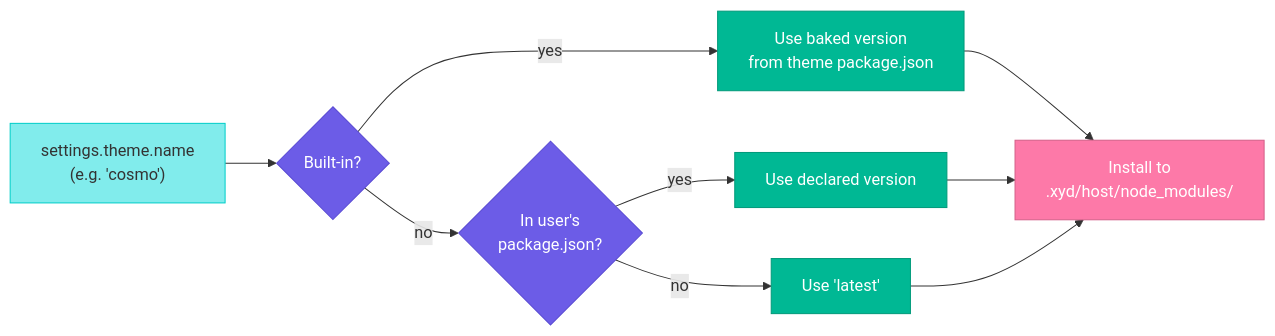
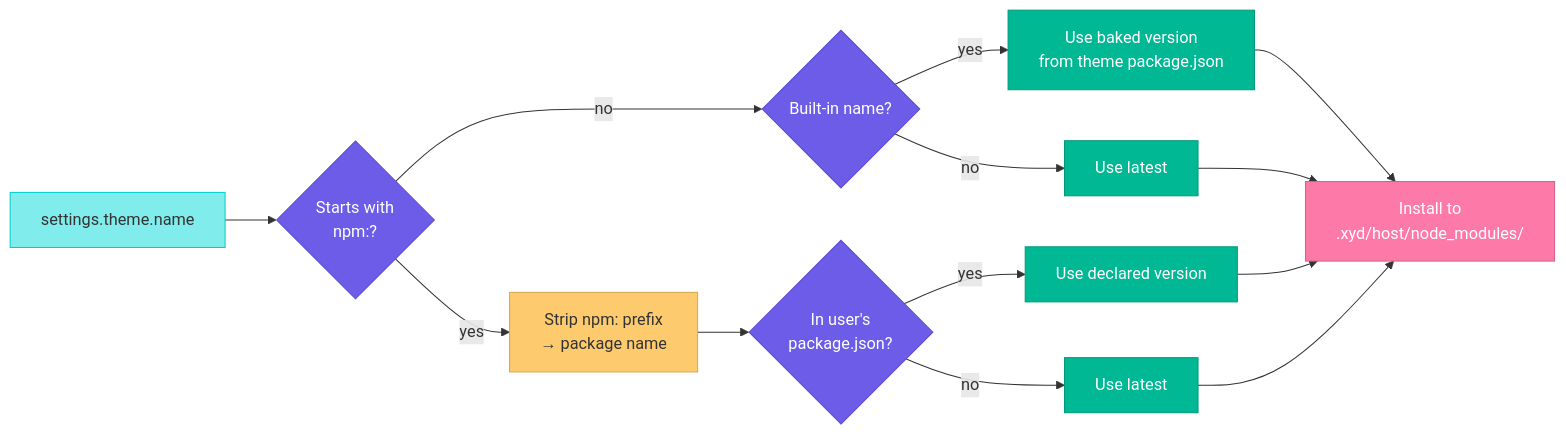
Before and after one commit to livesession/xyd: the second of 4 diagrams in .dev/docs/10.themes/1.THEMES.md, drawn with Mermaid. The commit also changed other lines of this file and 1 other file, not shown here.

Commit message:
docs: add npm: theme prefix docs and E2E Docker testing section

````diff
--- a/.dev/docs/10.themes/1.THEMES.md
+++ b/.dev/docs/10.themes/1.THEMES.md
@@ -33,19 +33,26 @@
 ```mermaid
 graph LR
-    A["settings.theme.name\n(e.g. 'cosmo')"] --> B{"Built-in?"}
-    B -->|yes| C["Use baked version\nfrom theme package.json"]
-    B -->|no| D{"In user's\npackage.json?"}
-    D -->|yes| E["Use declared version"]
-    D -->|no| F["Use 'latest'"]
-    C --> G["Install to\n.xyd/host/node_modules/"]
-    E --> G
-    F --> G
+    A["settings.theme.name"] --> B{"Starts with\nnpm:?"}
+    B -->|yes| C["Strip npm: prefix\n→ package name"]
+    B -->|no| D{"Built-in name?"}
+    D -->|yes| E["Use baked version\nfrom theme package.json"]
+    D -->|no| F["Use latest"]
+    C --> G{"In user's\npackage.json?"}
+    G -->|yes| H["Use declared version"]
+    G -->|no| I["Use latest"]
+    E --> J["Install to\n.xyd/host/node_modules/"]
+    F --> J
+    H --> J
+    I --> J
 
     style A fill:#81ecec,color:#333,stroke:#00cec9
     style B fill:#6c5ce7,color:#fff,stroke:#5a4bd4
-    style C fill:#00b894,color:#fff,stroke:#009a7a
+    style C fill:#fdcb6e,color:#333,stroke:#d4a94e
     style D fill:#6c5ce7,color:#fff,stroke:#5a4bd4
     style E fill:#00b894,color:#fff,stroke:#009a7a
     style F fill:#00b894,color:#fff,stroke:#009a7a
-    style G fill:#fd79a8,color:#fff,stroke:#d4608a
+    style G fill:#6c5ce7,color:#fff,stroke:#5a4bd4
+    style H fill:#00b894,color:#fff,stroke:#009a7a
+    style I fill:#00b894,color:#fff,stroke:#009a7a
+    style J fill:#fd79a8,color:#fff,stroke:#d4608a
 ```
````
